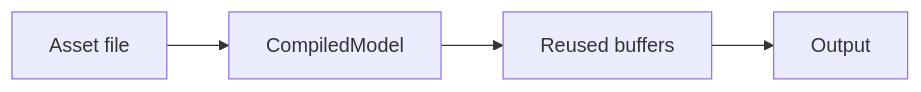
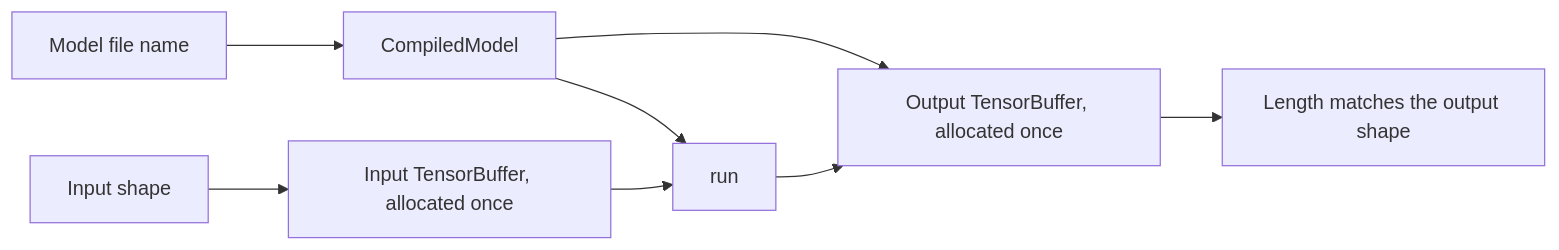
Before and after one commit to mohamedmabrouk582/Android-Ai-Lab: the diagram in lab-litert-cpu/README.md, drawn with Mermaid. The commit also changed other lines of this file and 41 other files, not shown here.

````diff
--- a/lab-litert-cpu/README.md
+++ b/lab-litert-cpu/README.md
@@ -13,4 +25,10 @@
 ```mermaid
 flowchart LR
-  n0["Asset file"] --> n1["CompiledModel"] --> n2["Reused buffers"] --> n3["Output"]
+  file["Model file name"] --> compiled["CompiledModel"]
+  shape["Input shape"] --> input["Input TensorBuffer, allocated once"]
+  compiled --> output["Output TensorBuffer, allocated once"]
+  input --> run["run"]
+  compiled --> run
+  run --> output
+  output --> length["Length matches the output shape"]
 ```
````
